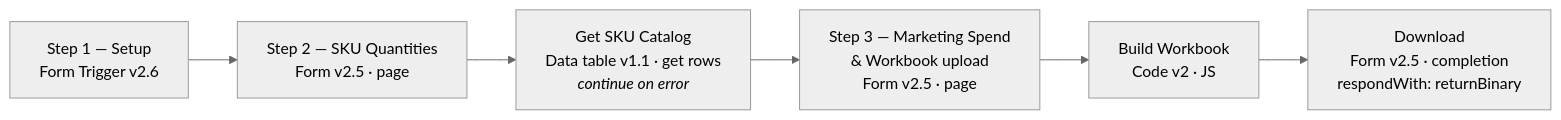
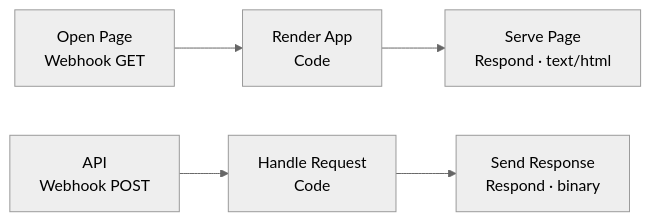
The diagram in docs/legend-sleep-forecast-builder.md (HusnainYusufi/legend-n8n), drawn with Mermaid (neutral theme) before and after one commit. The commit also changed other lines of this file and 1 other file, not shown here.

````diff
--- a/docs/legend-sleep-forecast-builder.md
+++ b/docs/legend-sleep-forecast-builder.md
@@ -200,8 +152,5 @@
 ```mermaid
 graph LR
-    A["Step 1 — Setup<br/>Form Trigger v2.6"] --> B["Step 2 — SKU Quantities<br/>Form v2.5 · page"]
-    B --> CAT["Get SKU Catalog<br/>Data table v1.1 · get rows<br/><i>continue on error</i>"]
-    CAT --> C["Step 3 — Marketing Spend<br/>& Workbook upload<br/>Form v2.5 · page"]
-    C --> D["Build Workbook<br/>Code v2 · JS"]
-    D --> E["Download<br/>Form v2.5 · completion<br/>respondWith: returnBinary"]
+    G["Open Page<br/>Webhook GET"] --> R["Render App<br/>Code"] --> S["Serve Page<br/>Respond · text/html"]
+    P["API<br/>Webhook POST"] --> H["Handle Request<br/>Code"] --> B["Send Response<br/>Respond · binary"]
 ```
````
